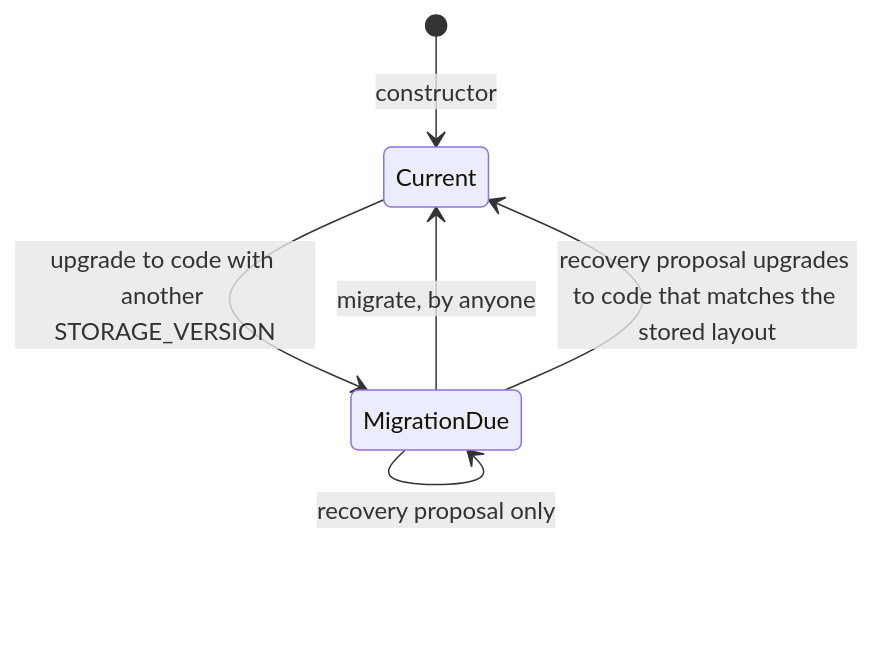
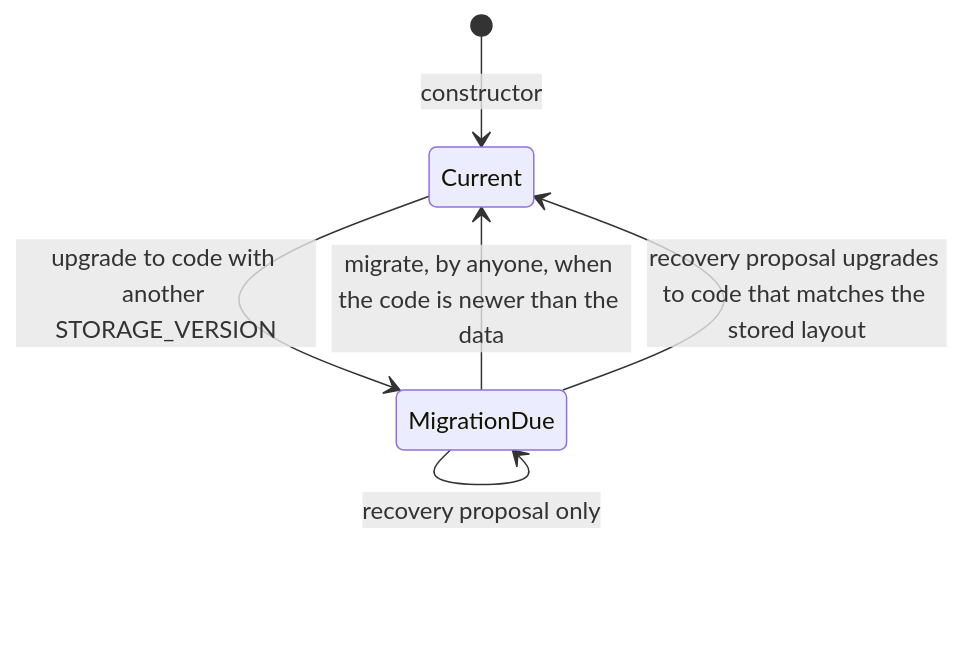
Before and after one commit to BuilderOSS/builder-stellar: the third of 8 diagrams in docs/audit/STATE_MACHINES.md, drawn with Mermaid. The commit also changed other lines of this file and 3 other files, not shown here.

````diff
--- a/docs/audit/STATE_MACHINES.md
+++ b/docs/audit/STATE_MACHINES.md
@@ -99,8 +99,8 @@
 ```mermaid
 stateDiagram-v2
     [*] --> Current: constructor
     Current --> MigrationDue: upgrade to code with another STORAGE_VERSION
-    MigrationDue --> Current: migrate, by anyone
+    MigrationDue --> Current: migrate, by anyone, when the code is newer than the data
     MigrationDue --> MigrationDue: recovery proposal only
     MigrationDue --> Current: recovery proposal upgrades to code that matches the stored layout
 ```
````
